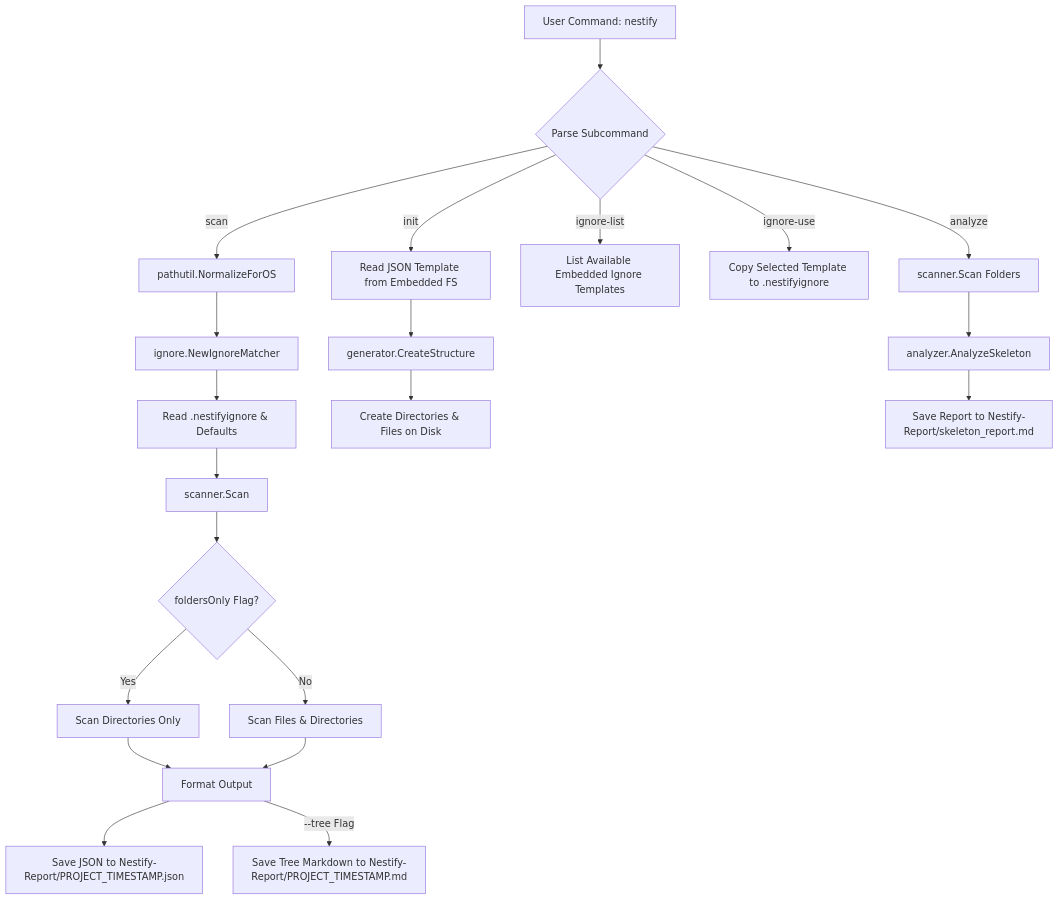
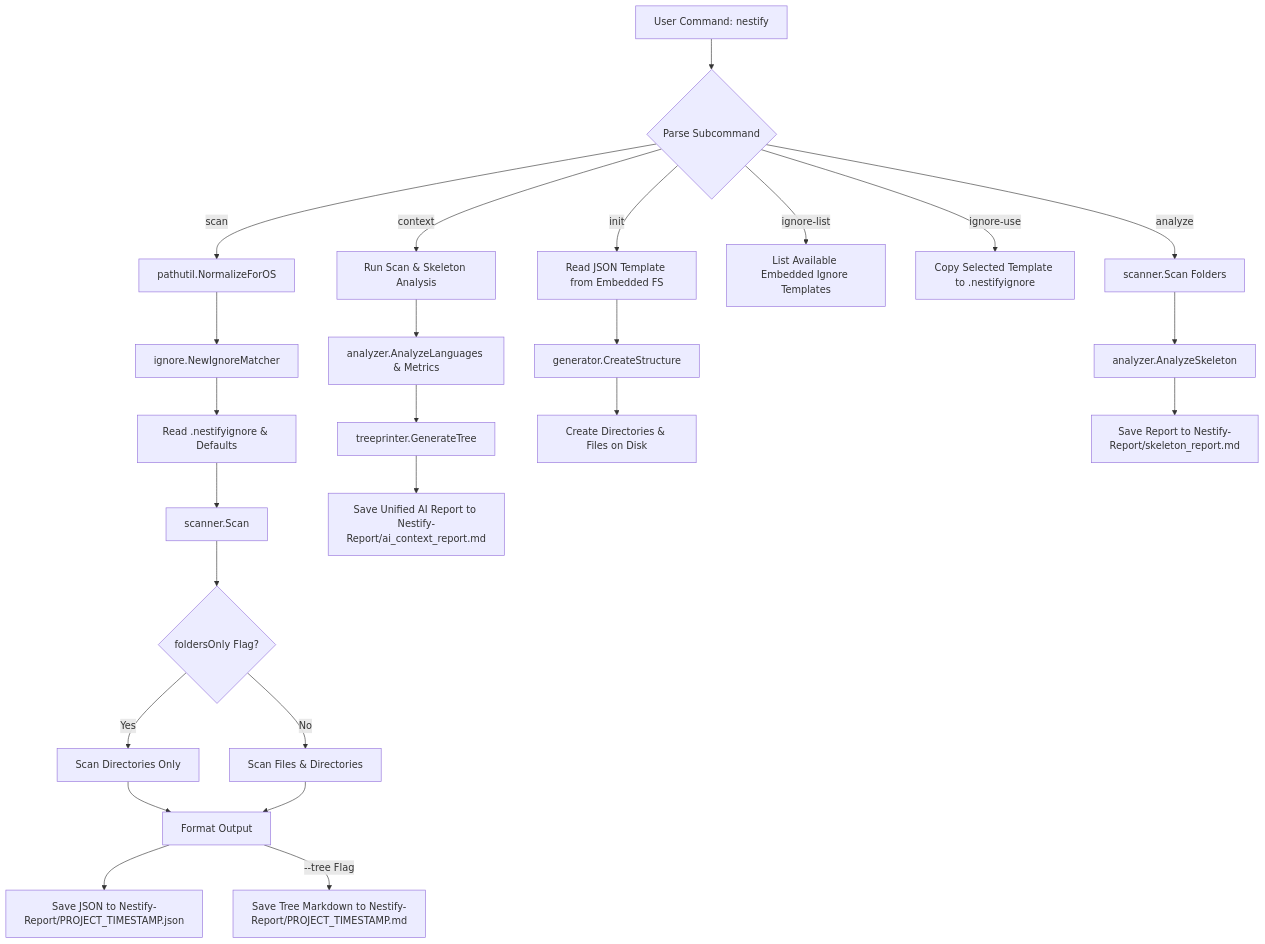
One commit to badboy1981/Nestify changed the diagram in README.md. Above: the diagram before and after it, drawn with Mermaid.

Commit message:
آپدیت نمودار Mermaid

````diff
--- a/README.md
+++ b/README.md
@@ -52,32 +52,38 @@
 ```mermaid
 graph TD
     A[User Command: nestify] --> B{Parse Subcommand}
 
     %% SCAN COMMAND FLOW
     B -->|scan| C[pathutil.NormalizeForOS]
     C --> D[ignore.NewIgnoreMatcher]
     D --> E[Read .nestifyignore & Defaults]
     E --> F[scanner.Scan]
     F --> G{foldersOnly Flag?}
     G -->|Yes| H[Scan Directories Only]
     G -->|No| I[Scan Files & Directories]
     H --> J[Format Output]
     I --> J
     J --> K[Save JSON to Nestify-Report/PROJECT_TIMESTAMP.json]
     J -->|--tree Flag| L[Save Tree Markdown to Nestify-Report/PROJECT_TIMESTAMP.md]
 
+    %% CONTEXT COMMAND FLOW (NEW)
+    B -->|context| M[Run Scan & Skeleton Analysis]
+    M --> N[analyzer.AnalyzeLanguages & Metrics]
+    N --> O[treeprinter.GenerateTree]
+    O --> P[Save Unified AI Report to Nestify-Report/ai_context_report.md]
+
     %% INIT COMMAND FLOW
-    B -->|init| M[Read JSON Template from Embedded FS]
-    M --> N[generator.CreateStructure]
-    N --> O[Create Directories & Files on Disk]
+    B -->|init| Q[Read JSON Template from Embedded FS]
+    Q --> R[generator.CreateStructure]
+    R --> S[Create Directories & Files on Disk]
 
     %% IGNORE COMMAND FLOW
-    B -->|ignore-list| P[List Available Embedded Ignore Templates]
-    B -->|ignore-use| Q[Copy Selected Template to .nestifyignore]
+    B -->|ignore-list| T[List Available Embedded Ignore Templates]
+    B -->|ignore-use| U[Copy Selected Template to .nestifyignore]
 
     %% ANALYZE COMMAND FLOW
-    B -->|analyze| R[scanner.Scan Folders]
-    R --> S[analyzer.AnalyzeSkeleton]
-    S --> T[Save Report to Nestify-Report/skeleton_report.md]
+    B -->|analyze| V[scanner.Scan Folders]
+    V --> W[analyzer.AnalyzeSkeleton]
+    W --> X[Save Report to Nestify-Report/skeleton_report.md]
 
 ```
````
